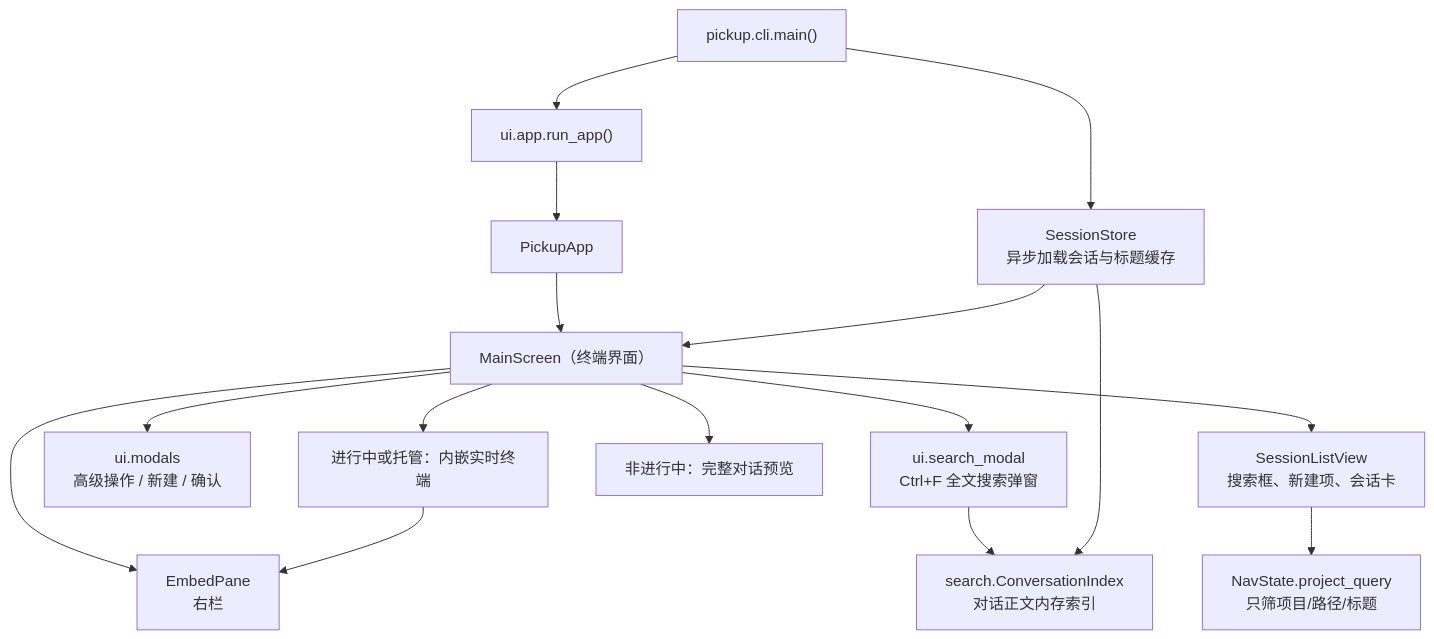
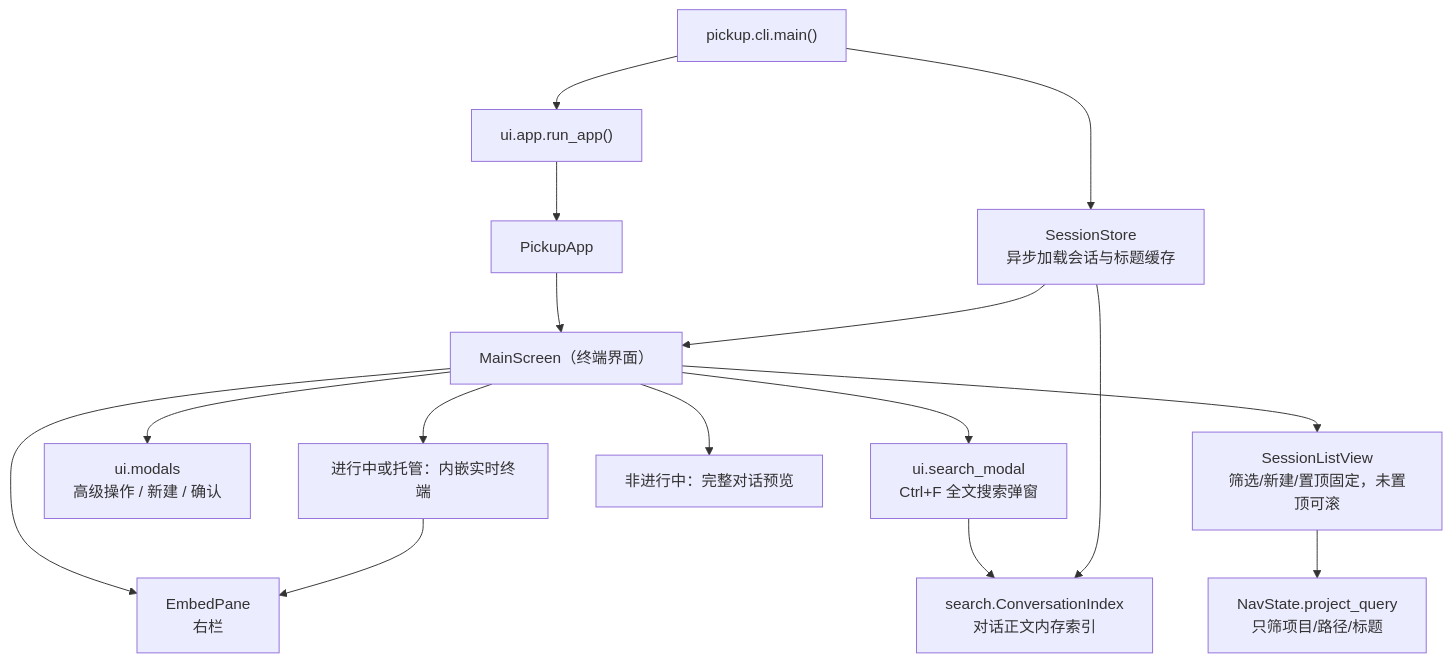
The first of 3 diagrams in docs/TERMINAL_UI_KNOWLEDGE_BASE.md (x0c/corral), drawn with Mermaid before and after one commit. The commit also changed other lines of this file and 30 other files, not shown here.

````diff
--- a/docs/TERMINAL_UI_KNOWLEDGE_BASE.md
+++ b/docs/TERMINAL_UI_KNOWLEDGE_BASE.md
@@ -49,18 +49,18 @@
 ```mermaid
 graph TD
     A["pickup.cli.main()"] --> B["SessionStore<br/>异步加载会话与标题缓存"]
     A --> C["ui.app.run_app()"]
     C --> D["PickupApp"]
     D --> E["MainScreen（终端界面）"]
-    E --> F["SessionListView<br/>搜索框、新建项、会话卡"]
+    E --> F["SessionListView<br/>筛选/新建/置顶固定，未置顶可滚"]
     E --> G["EmbedPane<br/>右栏"]
     F --> H["NavState.project_query<br/>只筛项目/路径/标题"]
     E --> I["ui.modals<br/>高级操作 / 新建 / 确认"]
     E --> S["ui.search_modal<br/>Ctrl+F 全文搜索弹窗"]
     S --> T["search.ConversationIndex<br/>对话正文内存索引"]
     B --> T
     B --> E
     E --> J["非进行中：完整对话预览"]
     E --> K["进行中或托管：内嵌实时终端"]
     K --> G
 ```
````
